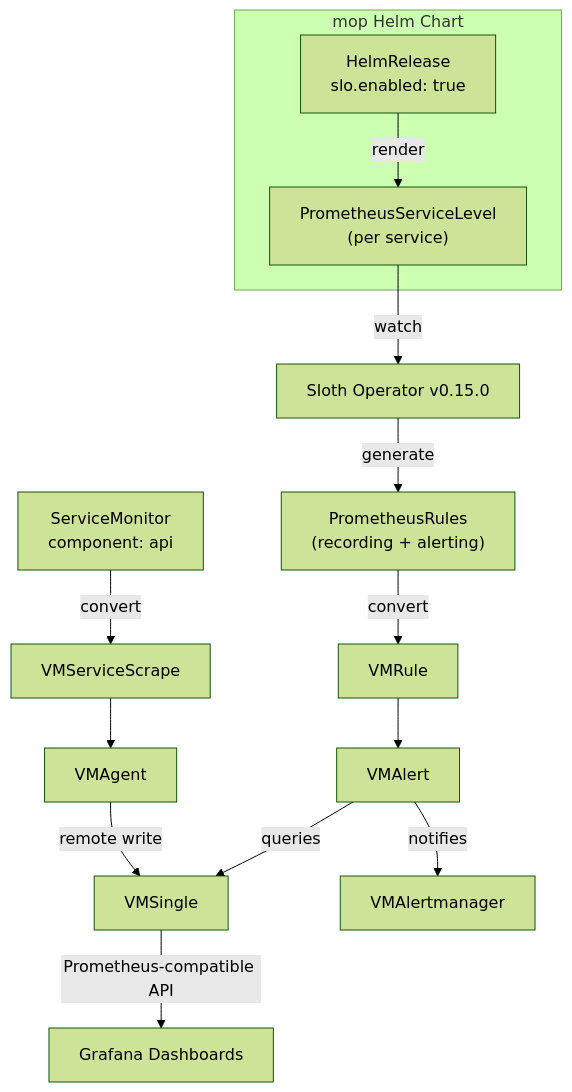
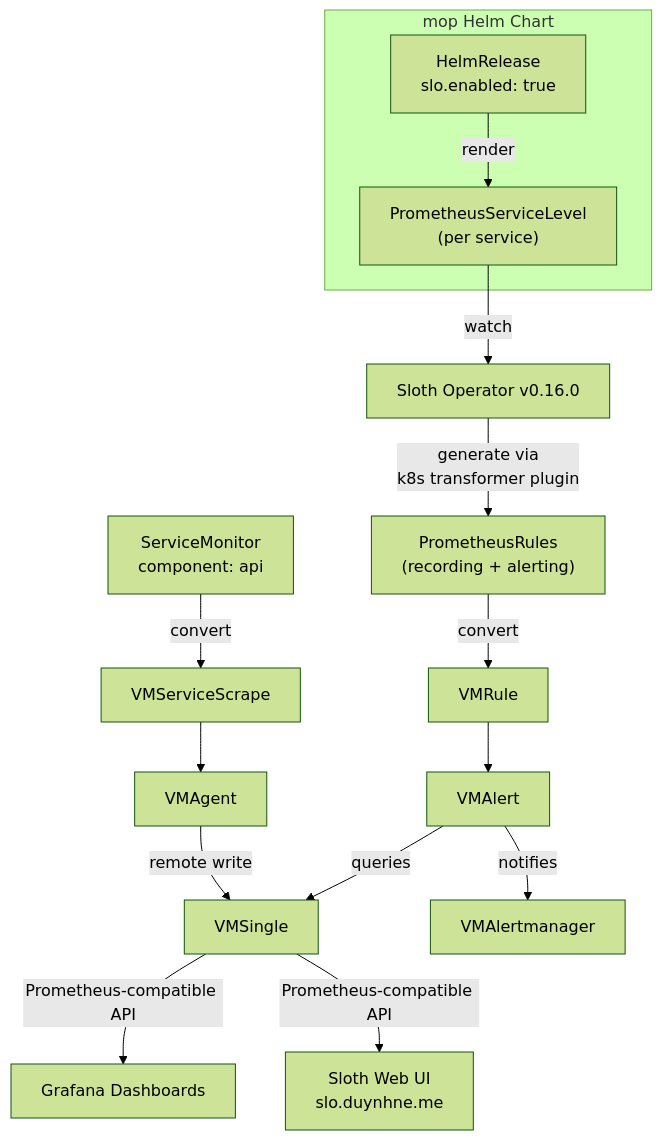
Before and after one commit to duynhlab/homelab: the diagram in docs/observability/slo/README.md, drawn with Mermaid (forest theme). The commit also changed other lines of this file and 6 other files, not shown here.

First line of the commit message:
Add Sloth Web UI for v0.16.0

````diff
--- a/docs/observability/slo/README.md
+++ b/docs/observability/slo/README.md
@@ -19,18 +21,19 @@
 ```mermaid
 flowchart TD
     subgraph helmChart ["mop Helm Chart"]
         HR["HelmRelease<br/>slo.enabled: true"] -->|render| PSL["PrometheusServiceLevel<br/>(per service)"]
     end
 
-    PSL -->|watch| Sloth["Sloth Operator v0.15.0"]
-    Sloth -->|generate| PR["PrometheusRules<br/>(recording + alerting)"]
+    PSL -->|watch| Sloth["Sloth Operator v0.16.0"]
+    Sloth -->|generate via<br/>k8s transformer plugin| PR["PrometheusRules<br/>(recording + alerting)"]
     PR -->|convert| VMR["VMRule"]
     VMR --> VMA["VMAlert"]
     VMA -->|queries| VMS["VMSingle"]
     VMA -->|notifies| VMAM["VMAlertmanager"]
     VMS -->|Prometheus-compatible API| Grafana["Grafana Dashboards"]
+    VMS -->|Prometheus-compatible API| SlothUI["Sloth Web UI<br/>slo.duynhne.me"]
 
     SM["ServiceMonitor<br/>component: api"] -->|convert| VMSS["VMServiceScrape"]
     VMSS --> VMAgent["VMAgent"]
     VMAgent -->|remote write| VMS
 ```
````
